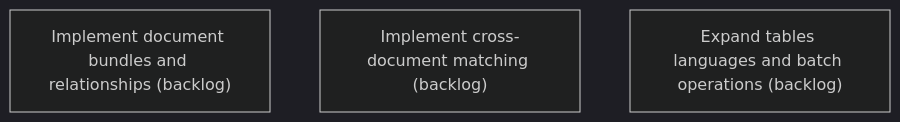
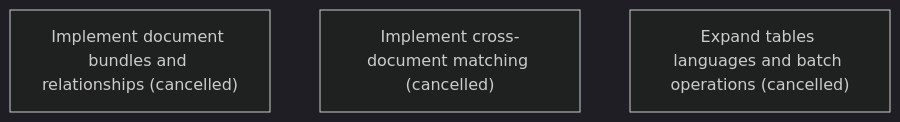
The diagram in .skyhook/plan/epics/JF0TVVT32B765KVE6X97AVP3P9.md (asadayoub/Evidentia), drawn with Mermaid (dark theme) before and after one commit. The commit also changed other lines of this file and 54 other files, not shown here.

Commit message:
docs(skyhook): adopt interaction-first delivery roadmap

````diff
--- a/.skyhook/plan/epics/JF0TVVT32B765KVE6X97AVP3P9.md
+++ b/.skyhook/plan/epics/JF0TVVT32B765KVE6X97AVP3P9.md
@@ -22,6 +22,6 @@
 ```mermaid
 flowchart TD
-    GAAPXNG7SK2X48CW2GDDG7MJ06["Implement document bundles and relationships (backlog)"]
-    KYSVD7PWKX5ZAZW4FN67NXA26E["Implement cross-document matching (backlog)"]
-    5DGKC77RV9C2GWTKWK49788S1B["Expand tables languages and batch operations (backlog)"]
+    GAAPXNG7SK2X48CW2GDDG7MJ06["Implement document bundles and relationships (cancelled)"]
+    KYSVD7PWKX5ZAZW4FN67NXA26E["Implement cross-document matching (cancelled)"]
+    5DGKC77RV9C2GWTKWK49788S1B["Expand tables languages and batch operations (cancelled)"]
 ```
````
